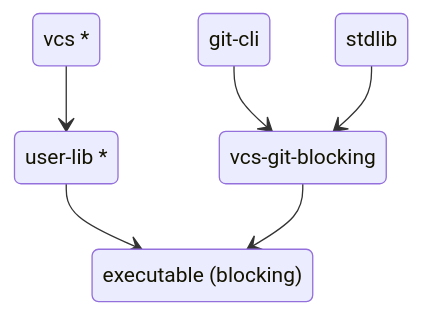
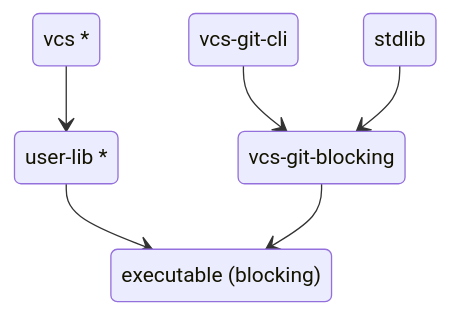
The second of 3 diagrams in doc/docs/design/introduction.md (mbarbin/vcs), drawn with Mermaid before and after one commit. The commit also changed other lines of this file and 63 other files, not shown here.

Commit message:
Rename git_cli library to vcs_git_cli for consistency

````diff
--- a/doc/docs/design/introduction.md
+++ b/doc/docs/design/introduction.md
@@ -40,14 +40,14 @@
 ```mermaid
 stateDiagram-v2
   vcs : vcs *
   user : user-lib *
-  git_cli : git-cli
+  vcs_git_cli : vcs-git-cli
   executable : executable (blocking)
   provider : vcs-git-blocking
   runtime : stdlib
   vcs --> user
   user --> executable
-  git_cli --> provider
+  vcs_git_cli --> provider
   runtime --> provider
   provider --> executable
 ```
````
